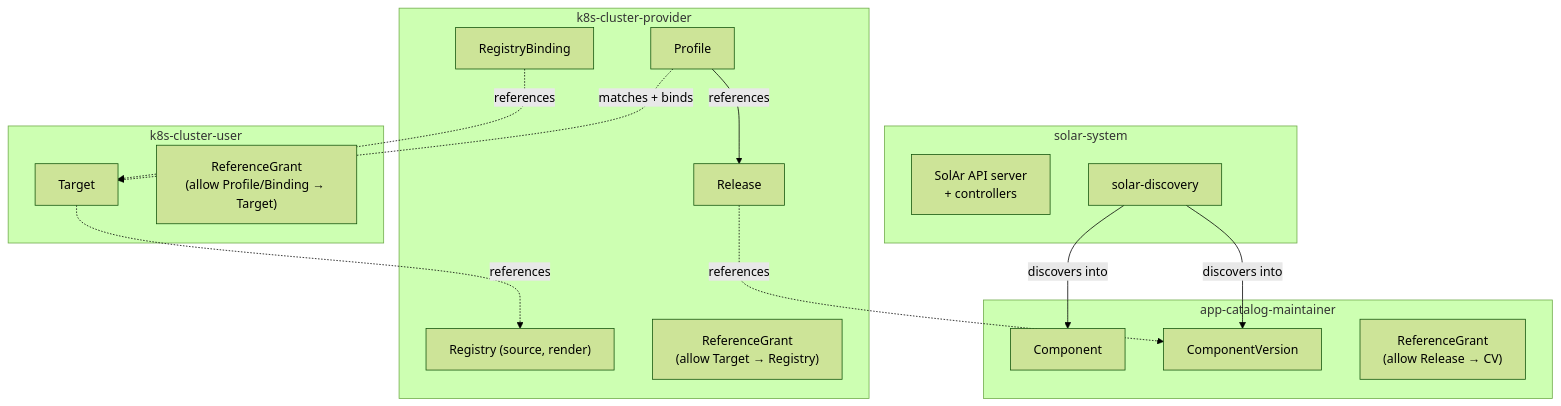
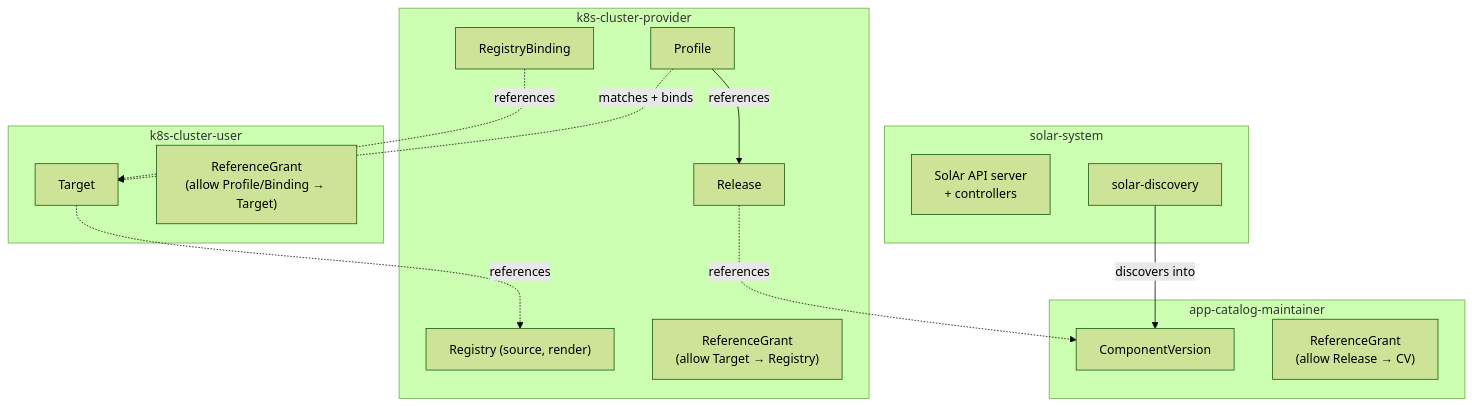
The diagram in docs/operator-manual/reference-architecture.md (opendefensecloud/solution-arsenal), drawn with Mermaid (forest theme) before and after one commit. The commit also changed 5 other files, not shown here.

````diff
--- a/docs/operator-manual/reference-architecture.md
+++ b/docs/operator-manual/reference-architecture.md
@@ -15,34 +15,32 @@
 ```mermaid
 graph TB
     subgraph sys["solar-system"]
         SolAr["SolAr API server<br/>+ controllers"]
         Disc["solar-discovery"]
     end
 
     subgraph acm["app-catalog-maintainer"]
-        Component["Component"]
         CV["ComponentVersion"]
         GrantCV["ReferenceGrant<br/>(allow Release → CV)"]
     end
 
     subgraph prov["k8s-cluster-provider"]
         Registry["Registry (source, render)"]
         Release["Release"]
         Profile["Profile"]
         RegBinding["RegistryBinding"]
         GrantReg["ReferenceGrant<br/>(allow Target → Registry)"]
     end
 
     subgraph user["k8s-cluster-user"]
         Target["Target"]
         GrantTgt["ReferenceGrant<br/>(allow Profile/Binding → Target)"]
     end
 
-    Disc -->|"discovers into"| Component
     Disc -->|"discovers into"| CV
     Release -.->|"references"| CV
     Profile -->|"references"| Release
     Profile -.->|"matches + binds"| Target
     Target -.->|"references"| Registry
     RegBinding -.->|"references"| Target
 ```
````
